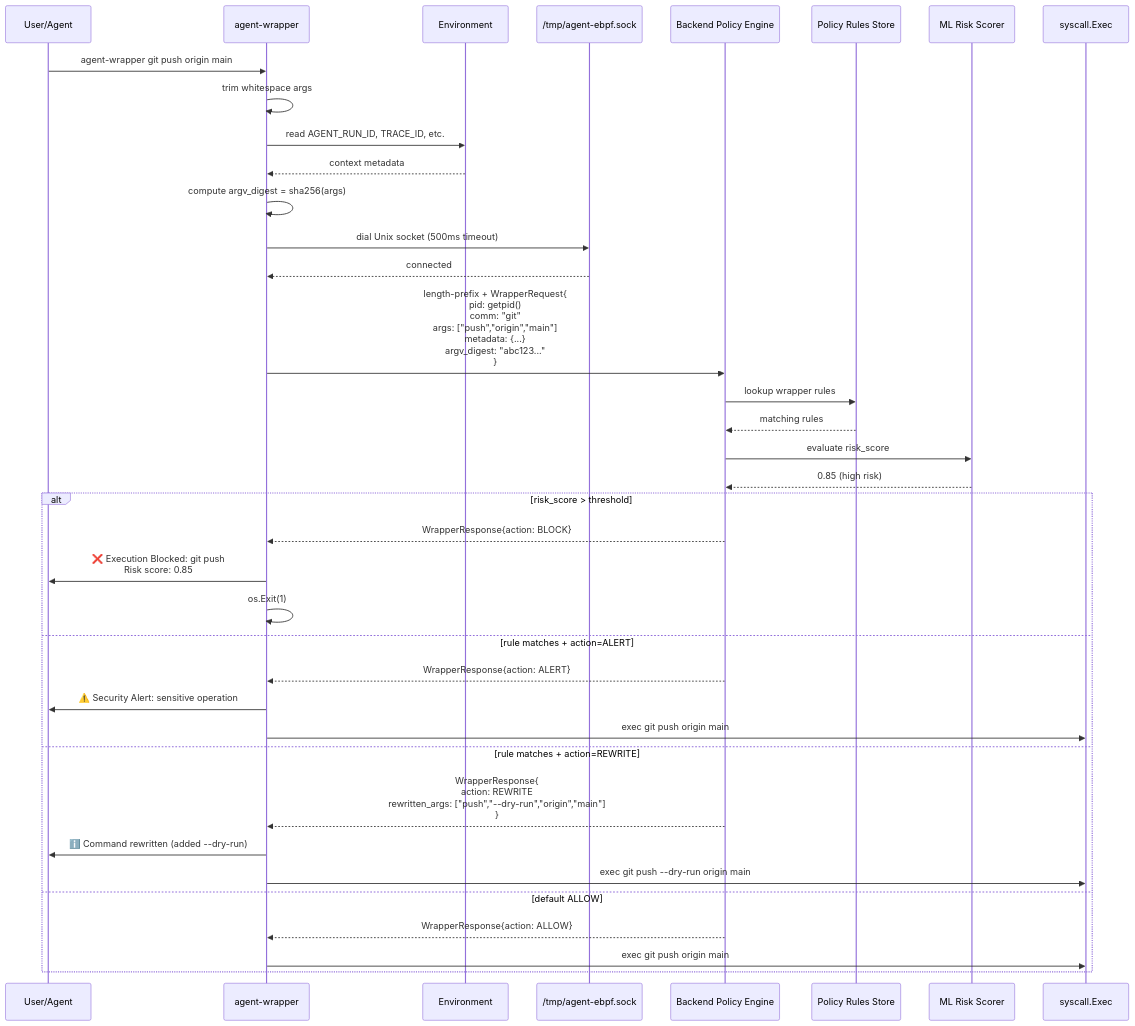
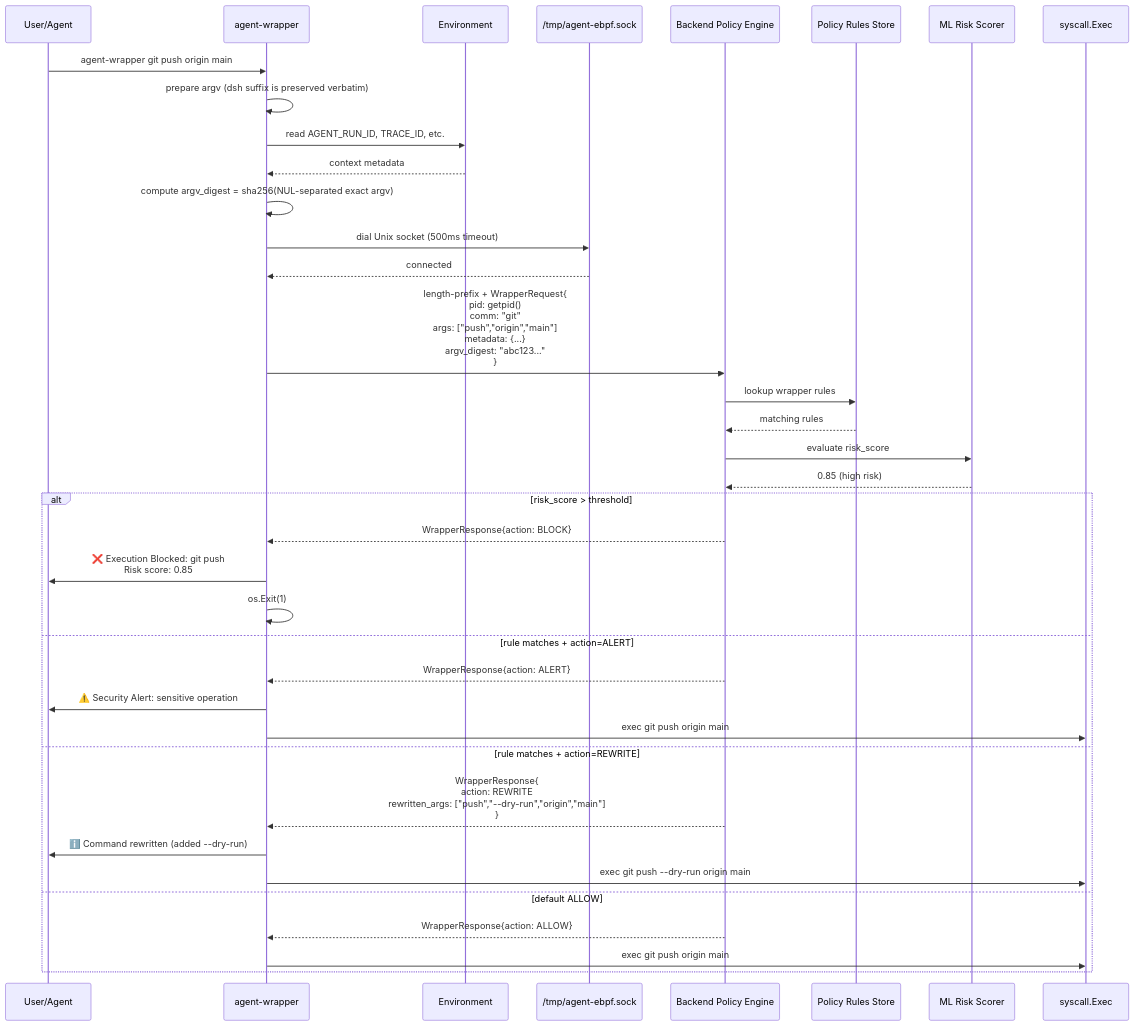
Before and after one commit to stevessr/agent-ebpf-filter: the first of 3 diagrams in docs/integrations/wrapper.md, drawn with Mermaid. The commit also changed other lines of this file, not shown here.

Commit message:
docs(wrapper): document source-aware dsh semantics

````diff
--- a/docs/integrations/wrapper.md
+++ b/docs/integrations/wrapper.md
@@ -14,43 +14,43 @@
 ```mermaid
 sequenceDiagram
     participant User as User/Agent
     participant Wrapper as agent-wrapper
     participant Env as Environment
     participant UDS as /tmp/agent-ebpf.sock
     participant Backend as Backend Policy Engine
     participant Rules as Policy Rules Store
     participant ML as ML Risk Scorer
     participant Exec as syscall.Exec
     
     User->>Wrapper: agent-wrapper git push origin main
-    Wrapper->>Wrapper: trim whitespace args
+    Wrapper->>Wrapper: prepare argv (dsh suffix is preserved verbatim)
     Wrapper->>Env: read AGENT_RUN_ID, TRACE_ID, etc.
     Env-->>Wrapper: context metadata
-    Wrapper->>Wrapper: compute argv_digest = sha256(args)
+    Wrapper->>Wrapper: compute argv_digest = sha256(NUL-separated exact argv)
     
     Wrapper->>UDS: dial Unix socket (500ms timeout)
     UDS-->>Wrapper: connected
     Wrapper->>Backend: length-prefix + WrapperRequest{<br/>  pid: getpid()<br/>  comm: "git"<br/>  args: ["push","origin","main"]<br/>  metadata: {...}<br/>  argv_digest: "abc123..."<br/>}
     
     Backend->>Rules: lookup wrapper rules
     Rules-->>Backend: matching rules
     Backend->>ML: evaluate risk_score
     ML-->>Backend: 0.85 (high risk)
     
     alt risk_score > threshold
         Backend-->>Wrapper: WrapperResponse{action: BLOCK}
         Wrapper->>User: ❌ Execution Blocked: git push<br/>Risk score: 0.85
         Wrapper->>Wrapper: os.Exit(1)
     else rule matches + action=ALERT
         Backend-->>Wrapper: WrapperResponse{action: ALERT}
         Wrapper->>User: ⚠️ Security Alert: sensitive operation
         Wrapper->>Exec: exec git push origin main
     else rule matches + action=REWRITE
         Backend-->>Wrapper: WrapperResponse{<br/>  action: REWRITE<br/>  rewritten_args: ["push","--dry-run","origin","main"]<br/>}
         Wrapper->>User: ℹ️ Command rewritten (added --dry-run)
         Wrapper->>Exec: exec git push --dry-run origin main
     else default ALLOW
         Backend-->>Wrapper: WrapperResponse{action: ALLOW}
         Wrapper->>Exec: exec git push origin main
     end
 ```
````
